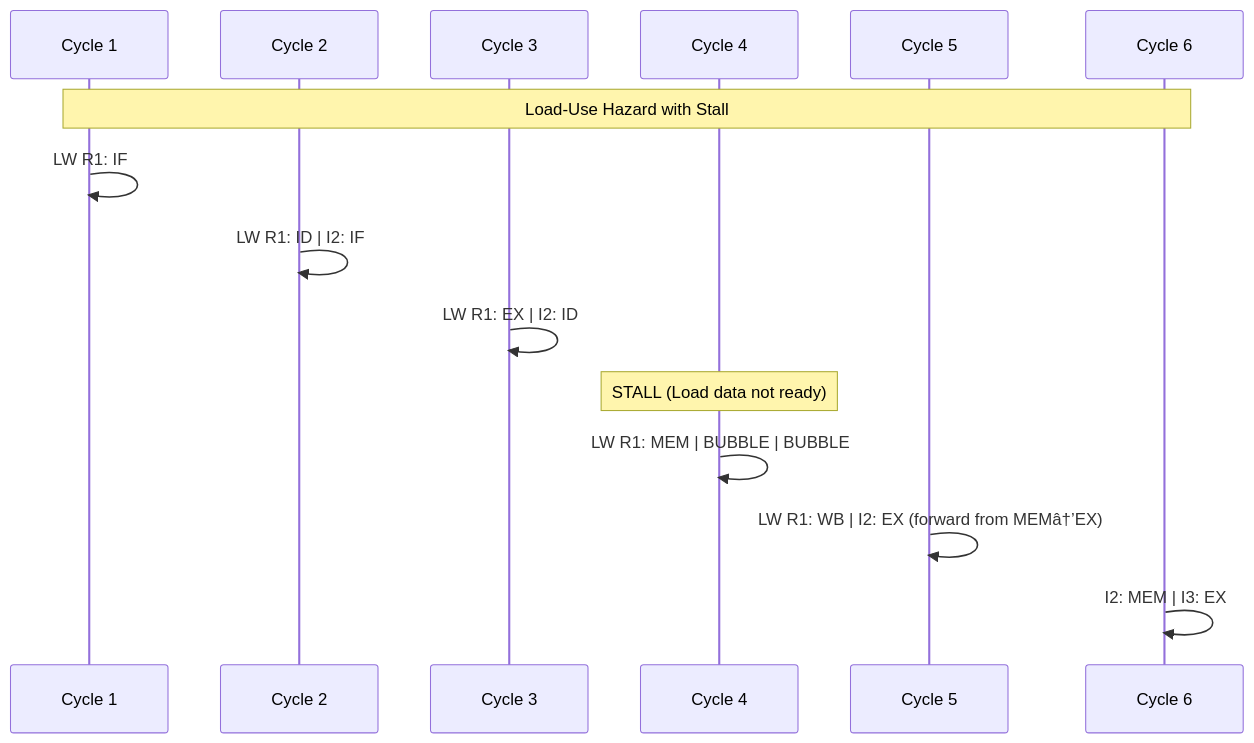
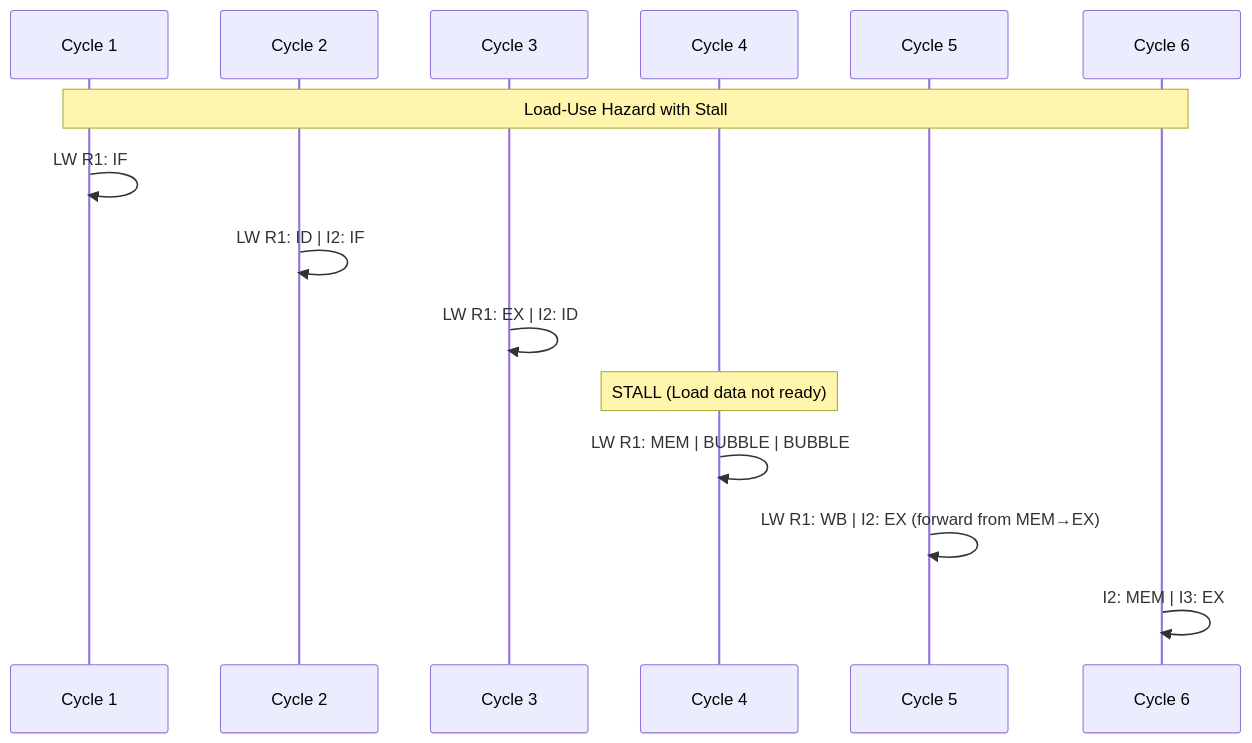
Before and after one commit to Raushan666java/ai-engineering-journey: the sixth of 8 diagrams in docs/courses/computer-architecture/04-pipelining-hazards.md, drawn with Mermaid. The commit also changed other lines of this file and 965 other files, not shown here.

````diff
--- a/docs/courses/computer-architecture/04-pipelining-hazards.md
+++ b/docs/courses/computer-architecture/04-pipelining-hazards.md
@@ -1148,18 +1148,18 @@
 ```mermaid
 sequenceDiagram
     participant C1 as Cycle 1
     participant C2 as Cycle 2
     participant C3 as Cycle 3
     participant C4 as Cycle 4
     participant C5 as Cycle 5
     participant C6 as Cycle 6
     
     Note over C1,C6: Load-Use Hazard with Stall
     C1->>C1: LW R1: IF
     C2->>C2: LW R1: ID | I2: IF
     C3->>C3: LW R1: EX | I2: ID
     Note over C4: STALL (Load data not ready)
     C4->>C4: LW R1: MEM | BUBBLE | BUBBLE
-    C5->>C5: LW R1: WB | I2: EX (forward from MEMâ†’EX)
+    C5->>C5: LW R1: WB | I2: EX (forward from MEM→EX)
     C6->>C6: I2: MEM | I3: EX
 ```
````
